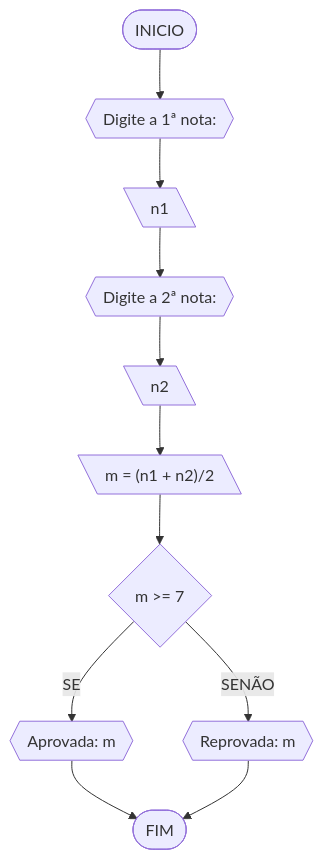
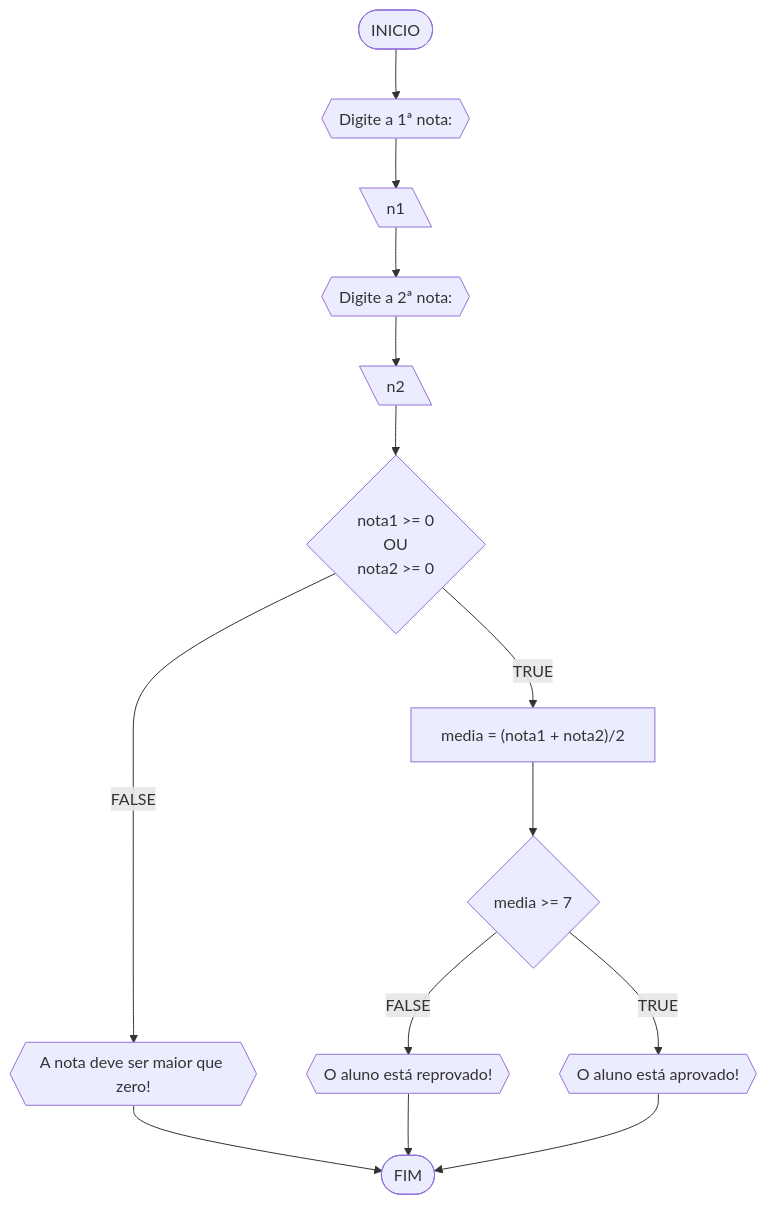
One commit to sdiogenes/unifor changed the third of 4 diagrams in rra/Unidade1/teste1.md. Above: the diagram before and after it, drawn with Mermaid. The commit also changed other lines of this file, not shown here.

````diff
--- a/rra/Unidade1/teste1.md
+++ b/rra/Unidade1/teste1.md
@@ -103,14 +104,16 @@
 ```mermaid
 flowchart TD
 A([INICIO]) --> B{{"Digite a 1ª nota: "}}
 B --> C[\n1\]
 C --> D{{"Digite a 2ª nota: "}}
 D --> E[\n2\]
-E --> F[\"m = (n1 + n2)/2"\]
-F --> G{m >= 7}
-G --SE--> H{{"Aprovada: " m}}
-H --> Z([FIM])
-G --SENÃO--> I{{"Reprovada: " m}}
-I --> Z
-
+E --> F{nota1 >= 0<br> OU <br>nota2 >= 0} 
+F --FALSE--> G{{"A nota deve ser maior que zero!"}}
+G --> Z([FIM])
+F --TRUE--> H["media = (nota1 + nota2)/2"]
+H --> I{media >= 7}
+I --FALSE--> J{{"O aluno está reprovado!"}}
+I --TRUE--> L{{"O aluno está aprovado!"}}
+J --> Z
+L --> Z
 ```
````
